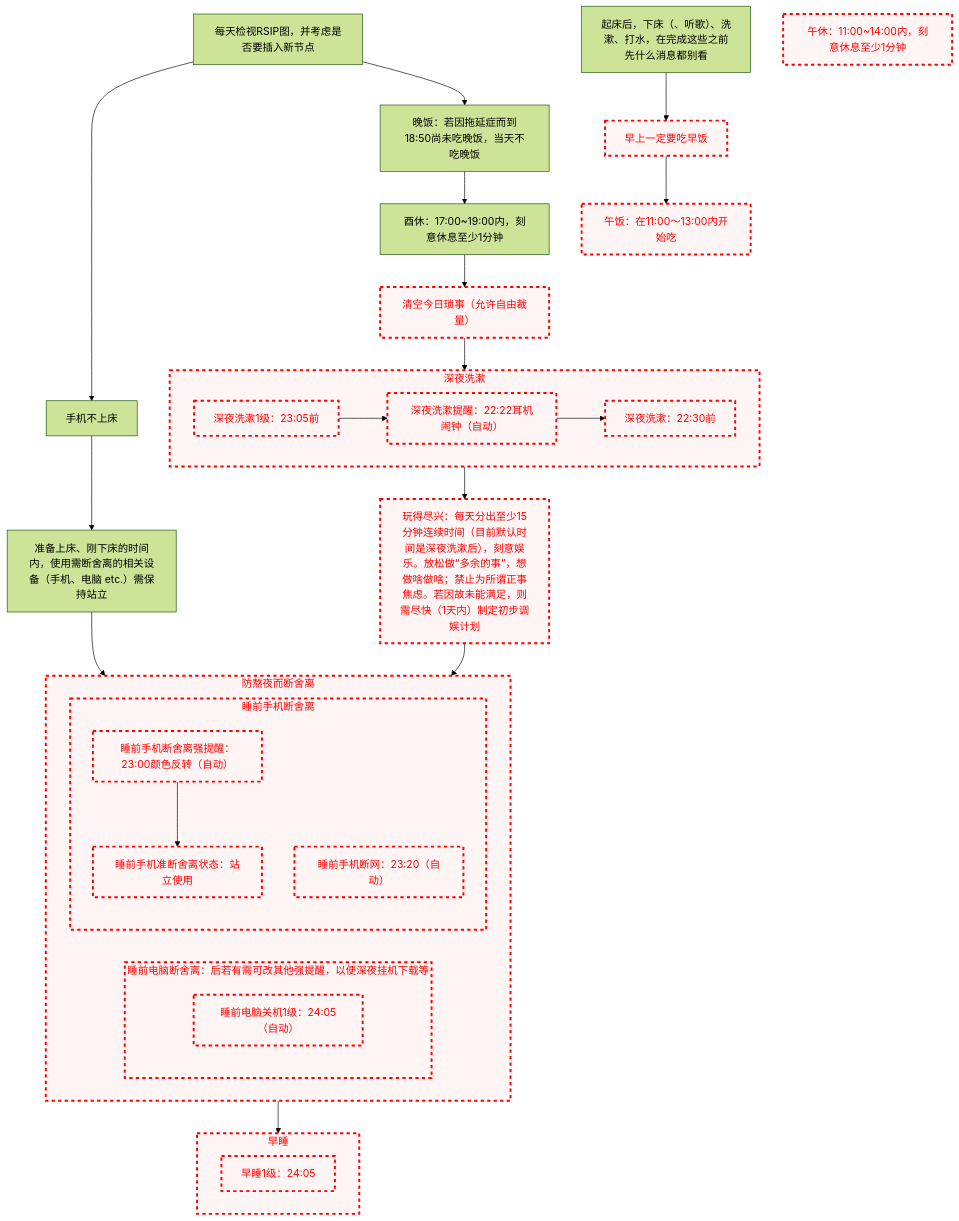
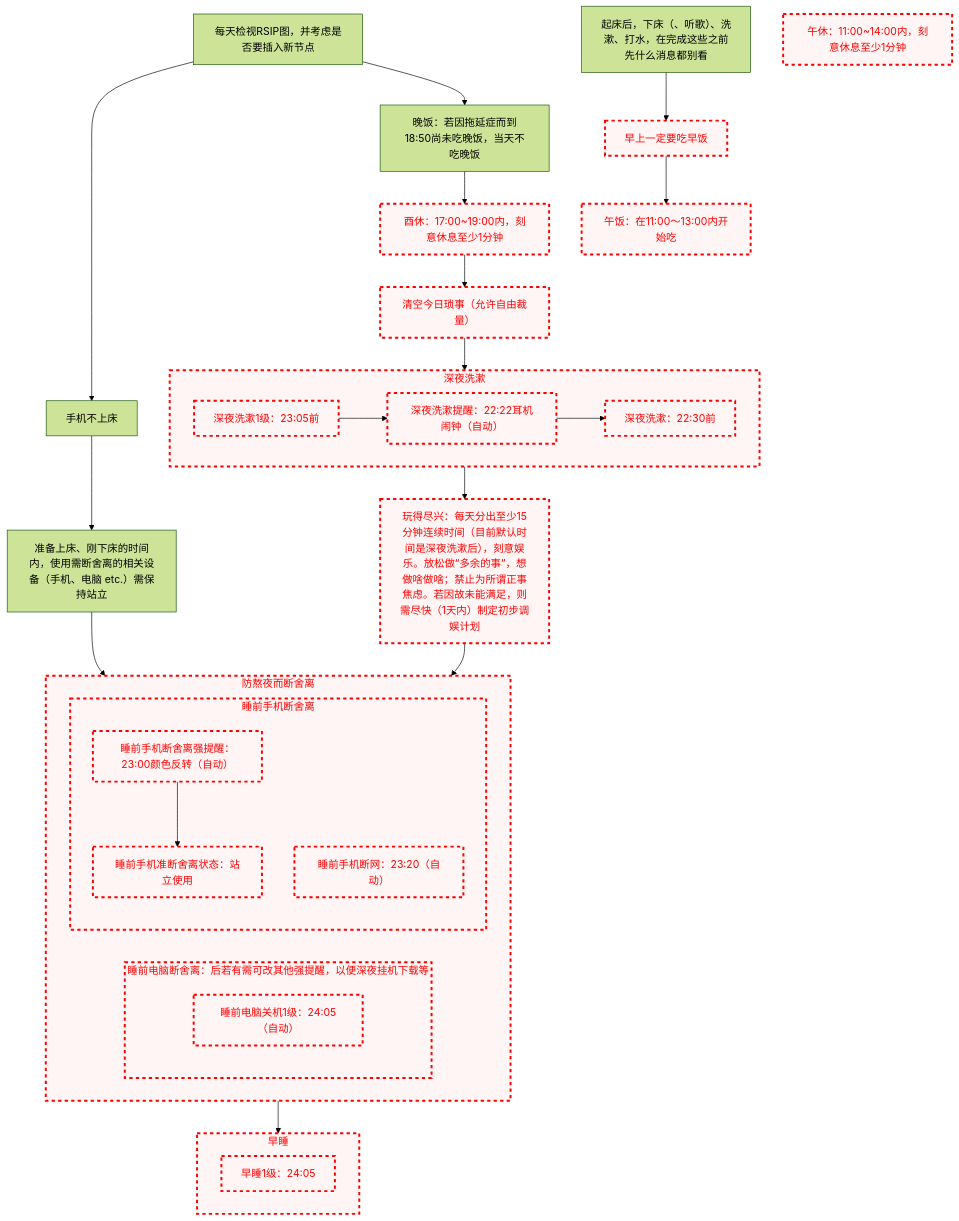
One commit to Ethkuil/RSIP-tree changed the diagram in README.md. Above: the diagram before and after it, drawn with Mermaid (forest theme).

Commit message:
disable 酉休
给拖到8点多了，汗

````diff
--- a/README.md
+++ b/README.md
@@ -21,66 +21,67 @@
 ```mermaid
 graph TD
 
 classDef failed stroke:#ff0000, stroke-width:3px, color:#ff0000, fill:#fff5f5, stroke-dasharray: 5
 
 RSIP[每天检视RSIP图，并考虑是否要插入新节点]
 
 
 RSIP --> 手机不上床
 手机不上床 --> 站立使用[准备上床、刚下床的时间内，使用需断舍离的相关设备（手机、电脑 etc.）需保持站立]
 
 RSIP --> 晚饭[晚饭：若因拖延症而到18:50尚未吃晚饭，当天不吃晚饭]
 晚饭 --> 酉休[酉休：17:00~19:00内，刻意休息至少1分钟]
+class 酉休 failed
 酉休 --> 今日琐事[清空今日琐事（允许自由裁量）]
 class 今日琐事 failed
 今日琐事 --> 深夜洗漱
 subgraph 深夜洗漱
   深夜洗漱1级[深夜洗漱1级：23:05前]
   class 深夜洗漱1级 failed
   深夜洗漱1级 --> 深夜洗漱提醒[深夜洗漱提醒：22:22耳机闹钟（自动）]
   class 深夜洗漱提醒 failed
   深夜洗漱提醒 --> 深夜洗漱最高级[深夜洗漱：22:30前]
   class 深夜洗漱最高级 failed
 end
 class 深夜洗漱 failed
 深夜洗漱 --> 玩得尽兴[玩得尽兴：每天分出至少15分钟连续时间（目前默认时间是深夜洗漱后），刻意娱乐。放松做“多余的事”，想做啥做啥；禁止为所谓正事焦虑。若因故未能满足，则需尽快（1天内）制定初步调娱计划]
 class 玩得尽兴 failed
 
 站立使用 --> 防熬夜而断舍离
 玩得尽兴 --> 防熬夜而断舍离
 subgraph 防熬夜而断舍离
   subgraph 睡前电脑断舍离[睡前电脑断舍离：后若有需可改其他强提醒，以便深夜挂机下载等]
     睡前电脑关机1级[睡前电脑关机1级：24:05（自动）]
     class 睡前电脑关机1级 failed
   end
   class 睡前电脑断舍离 failed
 
   subgraph 睡前手机断舍离
     睡前手机断舍离强提醒[睡前手机断舍离强提醒：23:00颜色反转（自动）]
     class 睡前手机断舍离强提醒 failed
     睡前手机断舍离强提醒 --> 睡前手机准断舍离状态[睡前手机准断舍离状态：站立使用]
     class 睡前手机准断舍离状态 failed
     睡前手机断网[睡前手机断网：23:20（自动）]
     class 睡前手机断网 failed
   end
   class 睡前手机断舍离 failed
 end
 class 防熬夜而断舍离 failed
 防熬夜而断舍离 --> 早睡
 subgraph 早睡
   早睡1级[早睡1级：24:05]
   class 早睡1级 failed
 end
 class 早睡 failed
 
 
 清晨洗漱[起床后，下床（、听歌）、洗漱、打水，在完成这些之前先什么消息都别看]
 
 清晨洗漱 --> 早饭[早上一定要吃早饭]
 class 早饭 failed
 早饭 --> 午饭[午饭：在11:00～13:00内开始吃]
 class 午饭 failed
 
 午休[午休：11:00~14:00内，刻意休息至少1分钟]
 class 午休 failed
 ```
````
